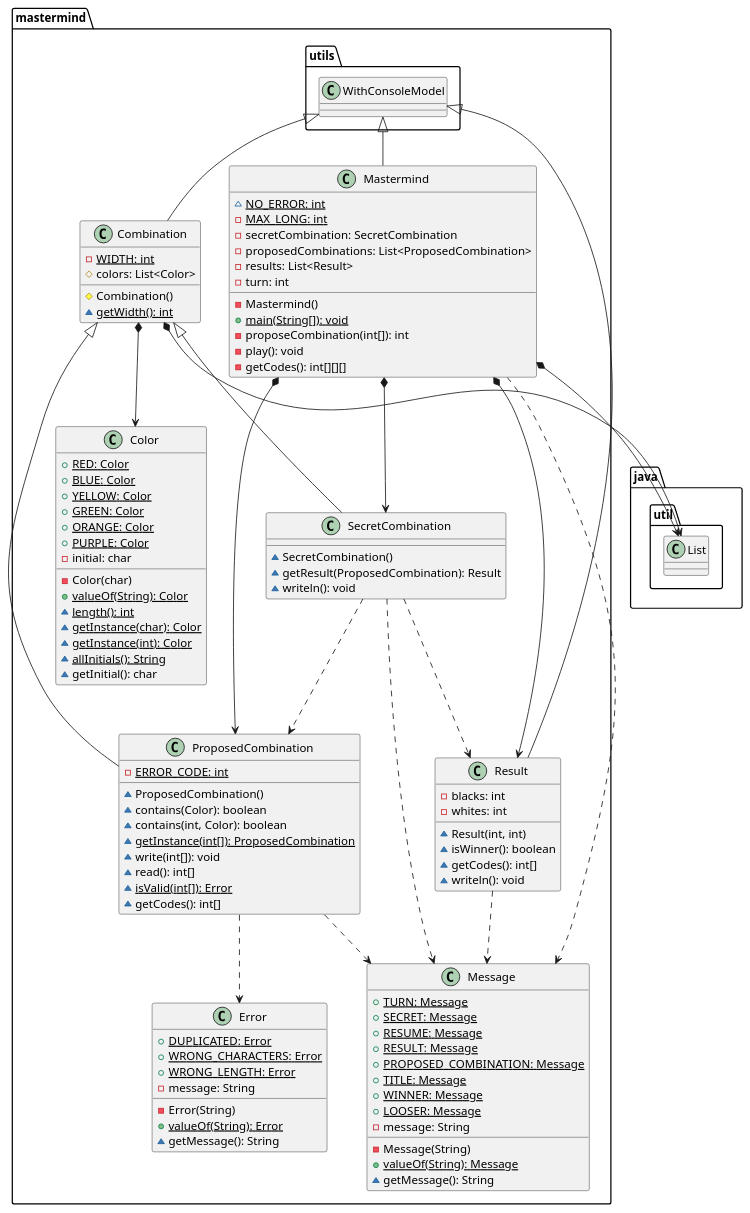
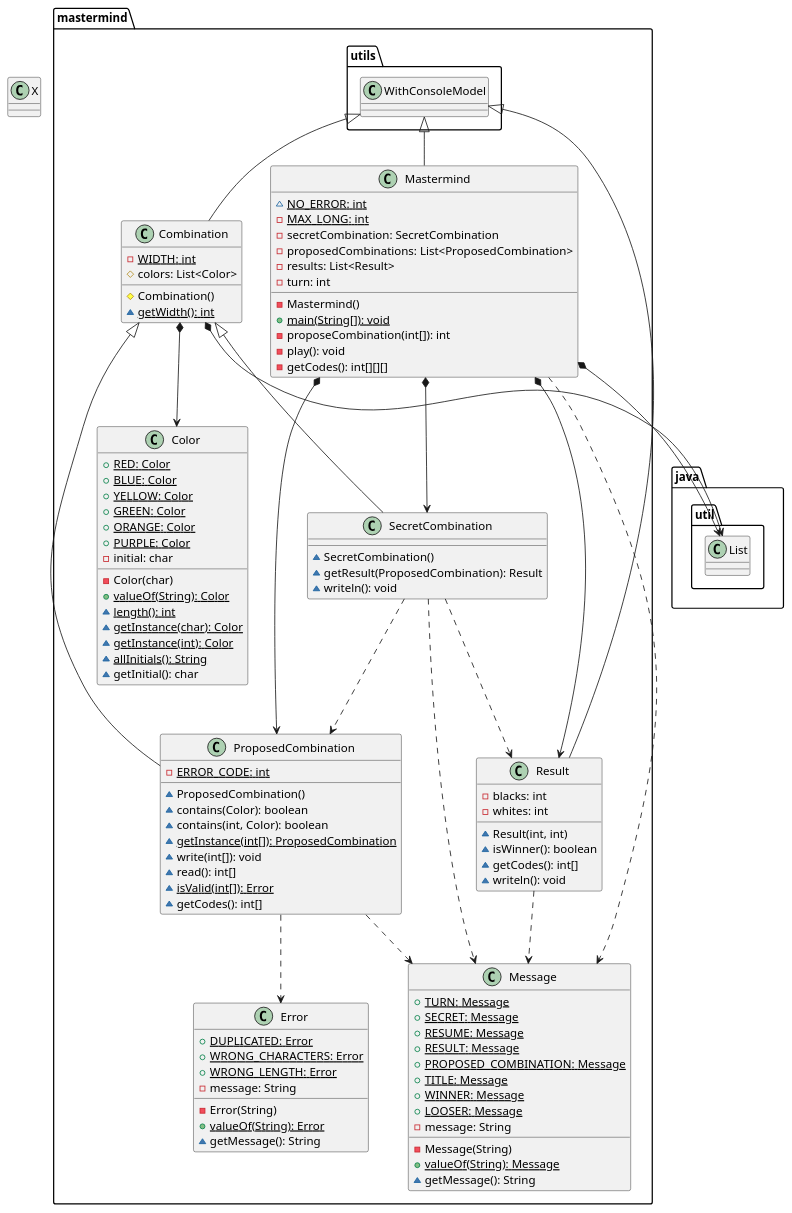
The second of 4 diagrams in docs/src/docs/asciidoc/index.adoc (EscuelaIt/USantaTecla-game-mastermind-java), drawn with PlantUML before and after one commit. The commit also changed 12 other files, not shown here.

```diff
--- a/docs/src/docs/asciidoc/index.adoc
+++ b/docs/src/docs/asciidoc/index.adoc
@@ -50,5 +50,7 @@
 [plantuml,version1Mastermind,svg]
 ....
+
+class X
 
 class  mastermind.Color{
 + {static} RED: Color
```
